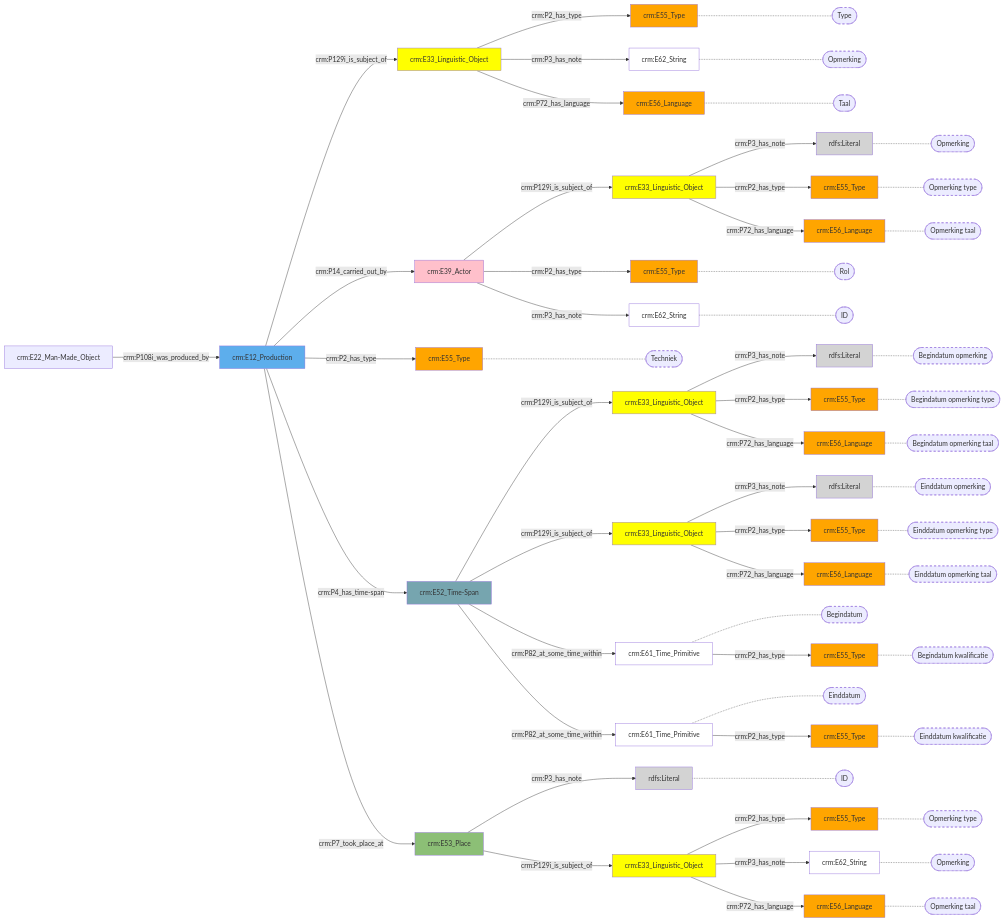
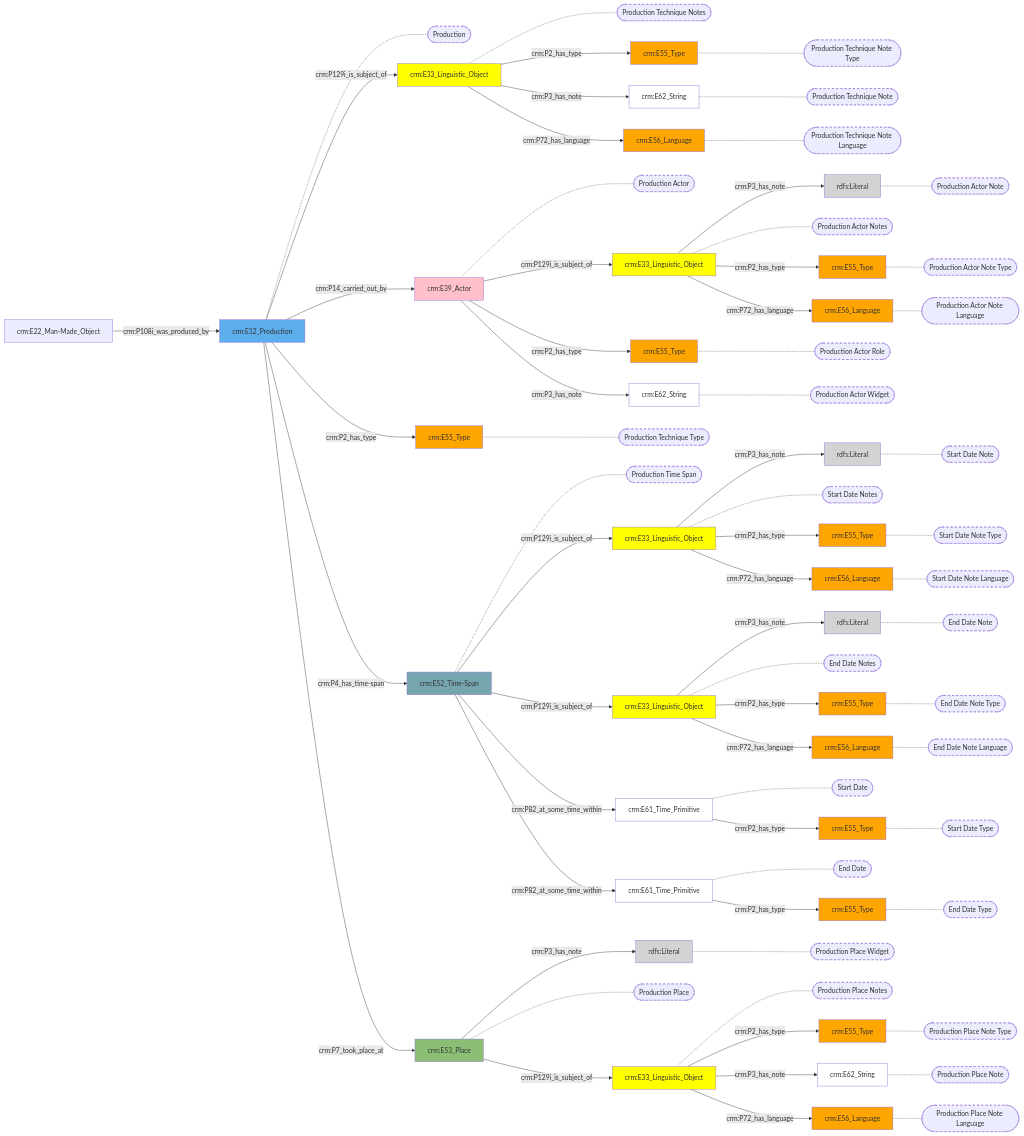
One commit to digipolisantwerpdocumentation/antwerp-cultureel-erfgoed changed the diagram in docs/content/modellen/ArchiefItemMaterieel/Vervaardiging.md. Above: the diagram before and after it, drawn with Mermaid. The commit also changed 167 other files, not shown here.

````diff
--- a/docs/content/modellen/ArchiefItemMaterieel/Vervaardiging.md
+++ b/docs/content/modellen/ArchiefItemMaterieel/Vervaardiging.md
@@ -4,52 +4,38 @@
 d1dde0dc-a5fe-11ec-b19f-9cf387da2c40["crm:E33_Linguistic_Object"]-->|"crm:P3_has_note"|d1de09ea-a5fe-11ec-b19f-9cf387da2c40(rdfs:Literal)
 d1ddfdec-a5fe-11ec-b19f-9cf387da2c40["crm:E33_Linguistic_Object"]-->|"crm:P3_has_note"|d1ddfc66-a5fe-11ec-b19f-9cf387da2c40(rdfs:Literal)
 d1de0940-a5fe-11ec-b19f-9cf387da2c40["crm:E33_Linguistic_Object"]-->|"crm:P3_has_note"|d1de062a-a5fe-11ec-b19f-9cf387da2c40(rdfs:Literal)
-d1ddfec8-a5fe-11ec-b19f-9cf387da2c40["crm:E55_Type"]-.-d1ddfec8-a5fe-11ec-b19f-9cf387da2c40_s(["Rol"])
-d1dde56e-a5fe-11ec-b19f-9cf387da2c40["crm:E62_String"]-.-d1dde56e-a5fe-11ec-b19f-9cf387da2c40_s(["ID"])
-d1de033c-a5fe-11ec-b19f-9cf387da2c40["rdfs:Literal"]-.-d1de033c-a5fe-11ec-b19f-9cf387da2c40_s(["ID"])
-d1de03fa-a5fe-11ec-b19f-9cf387da2c40["crm:E55_Type"]-.-d1de03fa-a5fe-11ec-b19f-9cf387da2c40_s(["Type"])
-d1de04b8-a5fe-11ec-b19f-9cf387da2c40["crm:E62_String"]-.-d1de04b8-a5fe-11ec-b19f-9cf387da2c40_s(["Opmerking"])
-d1de056c-a5fe-11ec-b19f-9cf387da2c40["crm:E56_Language"]-.-d1de056c-a5fe-11ec-b19f-9cf387da2c40_s(["Taal"])
-d1ddd934-a5fe-11ec-b19f-9cf387da2c40["crm:E61_Time_Primitive"]-.-d1ddd934-a5fe-11ec-b19f-9cf387da2c40_s(["Begindatum"])
-d1de0a9e-a5fe-11ec-b19f-9cf387da2c40["crm:E61_Time_Primitive"]-.-d1de0a9e-a5fe-11ec-b19f-9cf387da2c40_s(["Einddatum"])
-d1dc68d8-a5fe-11ec-b19f-9cf387da2c40["crm:E55_Type"]-.-d1dc68d8-a5fe-11ec-b19f-9cf387da2c40_s(["Techniek"])
-d1de0896-a5fe-11ec-b19f-9cf387da2c40["crm:E55_Type"]-.-d1de0896-a5fe-11ec-b19f-9cf387da2c40_s(["Begindatum kwalificatie"])
-d1dddc0e-a5fe-11ec-b19f-9cf387da2c40["crm:E55_Type"]-.-d1dddc0e-a5fe-11ec-b19f-9cf387da2c40_s(["Begindatum opmerking type"])
-d1de09ea-a5fe-11ec-b19f-9cf387da2c40["rdfs:Literal"]-.-d1de09ea-a5fe-11ec-b19f-9cf387da2c40_s(["Begindatum opmerking"])
-d1de0b3e-a5fe-11ec-b19f-9cf387da2c40["crm:E56_Language"]-.-d1de0b3e-a5fe-11ec-b19f-9cf387da2c40_s(["Begindatum opmerking taal"])
-d1ddff90-a5fe-11ec-b19f-9cf387da2c40["crm:E55_Type"]-.-d1ddff90-a5fe-11ec-b19f-9cf387da2c40_s(["Opmerking type"])
-d1ddfc66-a5fe-11ec-b19f-9cf387da2c40["rdfs:Literal"]-.-d1ddfc66-a5fe-11ec-b19f-9cf387da2c40_s(["Opmerking"])
-d1dde33e-a5fe-11ec-b19f-9cf387da2c40["crm:E56_Language"]-.-d1dde33e-a5fe-11ec-b19f-9cf387da2c40_s(["Opmerking taal"])
-d1de0120-a5fe-11ec-b19f-9cf387da2c40["crm:E55_Type"]-.-d1de0120-a5fe-11ec-b19f-9cf387da2c40_s(["Opmerking type"])
-d1de0058-a5fe-11ec-b19f-9cf387da2c40["crm:E62_String"]-.-d1de0058-a5fe-11ec-b19f-9cf387da2c40_s(["Opmerking"])
-d1de01de-a5fe-11ec-b19f-9cf387da2c40["crm:E56_Language"]-.-d1de01de-a5fe-11ec-b19f-9cf387da2c40_s(["Opmerking taal"])
-d1de074c-a5fe-11ec-b19f-9cf387da2c40["crm:E55_Type"]-.-d1de074c-a5fe-11ec-b19f-9cf387da2c40_s(["Einddatum opmerking type"])
-d1de062a-a5fe-11ec-b19f-9cf387da2c40["rdfs:Literal"]-.-d1de062a-a5fe-11ec-b19f-9cf387da2c40_s(["Einddatum opmerking"])
-d1de07f6-a5fe-11ec-b19f-9cf387da2c40["crm:E56_Language"]-.-d1de07f6-a5fe-11ec-b19f-9cf387da2c40_s(["Einddatum opmerking taal"])
-d1dddea2-a5fe-11ec-b19f-9cf387da2c40["crm:E55_Type"]-.-d1dddea2-a5fe-11ec-b19f-9cf387da2c40_s(["Einddatum kwalificatie"])
-style d1ddfec8-a5fe-11ec-b19f-9cf387da2c40_s stroke-dasharray: 5
-style d1dde56e-a5fe-11ec-b19f-9cf387da2c40_s stroke-dasharray: 5
-style d1de033c-a5fe-11ec-b19f-9cf387da2c40_s stroke-dasharray: 5
-style d1de03fa-a5fe-11ec-b19f-9cf387da2c40_s stroke-dasharray: 5
-style d1de04b8-a5fe-11ec-b19f-9cf387da2c40_s stroke-dasharray: 5
-style d1de056c-a5fe-11ec-b19f-9cf387da2c40_s stroke-dasharray: 5
-style d1ddd934-a5fe-11ec-b19f-9cf387da2c40_s stroke-dasharray: 5
-style d1de0a9e-a5fe-11ec-b19f-9cf387da2c40_s stroke-dasharray: 5
-style d1dc68d8-a5fe-11ec-b19f-9cf387da2c40_s stroke-dasharray: 5
-style d1de0896-a5fe-11ec-b19f-9cf387da2c40_s stroke-dasharray: 5
-style d1dddc0e-a5fe-11ec-b19f-9cf387da2c40_s stroke-dasharray: 5
-style d1de09ea-a5fe-11ec-b19f-9cf387da2c40_s stroke-dasharray: 5
-style d1de0b3e-a5fe-11ec-b19f-9cf387da2c40_s stroke-dasharray: 5
-style d1ddff90-a5fe-11ec-b19f-9cf387da2c40_s stroke-dasharray: 5
-style d1ddfc66-a5fe-11ec-b19f-9cf387da2c40_s stroke-dasharray: 5
-style d1dde33e-a5fe-11ec-b19f-9cf387da2c40_s stroke-dasharray: 5
-style d1de0120-a5fe-11ec-b19f-9cf387da2c40_s stroke-dasharray: 5
-style d1de0058-a5fe-11ec-b19f-9cf387da2c40_s stroke-dasharray: 5
-style d1de01de-a5fe-11ec-b19f-9cf387da2c40_s stroke-dasharray: 5
-style d1de074c-a5fe-11ec-b19f-9cf387da2c40_s stroke-dasharray: 5
-style d1de062a-a5fe-11ec-b19f-9cf387da2c40_s stroke-dasharray: 5
-style d1de07f6-a5fe-11ec-b19f-9cf387da2c40_s stroke-dasharray: 5
-style d1dddea2-a5fe-11ec-b19f-9cf387da2c40_s stroke-dasharray: 5
+d1ddfdec-a5fe-11ec-b19f-9cf387da2c40["crm:E33_Linguistic_Object"]-.-d1ddfdec-a5fe-11ec-b19f-9cf387da2c40_s(["Production Actor Notes"])
+d1ddfec8-a5fe-11ec-b19f-9cf387da2c40["crm:E55_Type"]-.-d1ddfec8-a5fe-11ec-b19f-9cf387da2c40_s(["Production Actor Role"])
+d1dde56e-a5fe-11ec-b19f-9cf387da2c40["crm:E62_String"]-.-d1dde56e-a5fe-11ec-b19f-9cf387da2c40_s(["Production Actor Widget"])
+d1de0292-a5fe-11ec-b19f-9cf387da2c40["crm:E33_Linguistic_Object"]-.-d1de0292-a5fe-11ec-b19f-9cf387da2c40_s(["Production Place Notes"])
+d1de033c-a5fe-11ec-b19f-9cf387da2c40["rdfs:Literal"]-.-d1de033c-a5fe-11ec-b19f-9cf387da2c40_s(["Production Place Widget"])
+d1de03fa-a5fe-11ec-b19f-9cf387da2c40["crm:E55_Type"]-.-d1de03fa-a5fe-11ec-b19f-9cf387da2c40_s(["Production Technique Note Type"])
+d1de04b8-a5fe-11ec-b19f-9cf387da2c40["crm:E62_String"]-.-d1de04b8-a5fe-11ec-b19f-9cf387da2c40_s(["Production Technique Note"])
+d1de056c-a5fe-11ec-b19f-9cf387da2c40["crm:E56_Language"]-.-d1de056c-a5fe-11ec-b19f-9cf387da2c40_s(["Production Technique Note Language"])
+d1dde0dc-a5fe-11ec-b19f-9cf387da2c40["crm:E33_Linguistic_Object"]-.-d1dde0dc-a5fe-11ec-b19f-9cf387da2c40_s(["Start Date Notes"])
+d1de0940-a5fe-11ec-b19f-9cf387da2c40["crm:E33_Linguistic_Object"]-.-d1de0940-a5fe-11ec-b19f-9cf387da2c40_s(["End Date Notes"])
+d1ddd934-a5fe-11ec-b19f-9cf387da2c40["crm:E61_Time_Primitive"]-.-d1ddd934-a5fe-11ec-b19f-9cf387da2c40_s(["Start Date"])
+d1de0a9e-a5fe-11ec-b19f-9cf387da2c40["crm:E61_Time_Primitive"]-.-d1de0a9e-a5fe-11ec-b19f-9cf387da2c40_s(["End Date"])
+d1dc61bc-a5fe-11ec-b19f-9cf387da2c40["crm:E33_Linguistic_Object"]-.-d1dc61bc-a5fe-11ec-b19f-9cf387da2c40_s(["Production Technique Notes"])
+d1dc56d6-a5fe-11ec-b19f-9cf387da2c40["crm:E39_Actor"]-.-d1dc56d6-a5fe-11ec-b19f-9cf387da2c40_s(["Production Actor"])
+d1dc68d8-a5fe-11ec-b19f-9cf387da2c40["crm:E55_Type"]-.-d1dc68d8-a5fe-11ec-b19f-9cf387da2c40_s(["Production Technique Type"])
+d1dc6e96-a5fe-11ec-b19f-9cf387da2c40["crm:E52_Time-Span"]-.-d1dc6e96-a5fe-11ec-b19f-9cf387da2c40_s(["Production Time Span"])
+d1dc5c58-a5fe-11ec-b19f-9cf387da2c40["crm:E53_Place"]-.-d1dc5c58-a5fe-11ec-b19f-9cf387da2c40_s(["Production Place"])
+d1dc742c-a5fe-11ec-b19f-9cf387da2c40["crm:E12_Production"]-.-d1dc742c-a5fe-11ec-b19f-9cf387da2c40_s(["Production"])
+d1de0896-a5fe-11ec-b19f-9cf387da2c40["crm:E55_Type"]-.-d1de0896-a5fe-11ec-b19f-9cf387da2c40_s(["Start Date Type"])
+d1dddc0e-a5fe-11ec-b19f-9cf387da2c40["crm:E55_Type"]-.-d1dddc0e-a5fe-11ec-b19f-9cf387da2c40_s(["Start Date Note Type"])
+d1de09ea-a5fe-11ec-b19f-9cf387da2c40["rdfs:Literal"]-.-d1de09ea-a5fe-11ec-b19f-9cf387da2c40_s(["Start Date Note"])
+d1de0b3e-a5fe-11ec-b19f-9cf387da2c40["crm:E56_Language"]-.-d1de0b3e-a5fe-11ec-b19f-9cf387da2c40_s(["Start Date Note Language"])
+d1ddff90-a5fe-11ec-b19f-9cf387da2c40["crm:E55_Type"]-.-d1ddff90-a5fe-11ec-b19f-9cf387da2c40_s(["Production Actor Note Type"])
+d1ddfc66-a5fe-11ec-b19f-9cf387da2c40["rdfs:Literal"]-.-d1ddfc66-a5fe-11ec-b19f-9cf387da2c40_s(["Production Actor Note"])
+d1dde33e-a5fe-11ec-b19f-9cf387da2c40["crm:E56_Language"]-.-d1dde33e-a5fe-11ec-b19f-9cf387da2c40_s(["Production Actor Note Language"])
+d1de0120-a5fe-11ec-b19f-9cf387da2c40["crm:E55_Type"]-.-d1de0120-a5fe-11ec-b19f-9cf387da2c40_s(["Production Place Note Type"])
+d1de0058-a5fe-11ec-b19f-9cf387da2c40["crm:E62_String"]-.-d1de0058-a5fe-11ec-b19f-9cf387da2c40_s(["Production Place Note"])
+d1de01de-a5fe-11ec-b19f-9cf387da2c40["crm:E56_Language"]-.-d1de01de-a5fe-11ec-b19f-9cf387da2c40_s(["Production Place Note Language"])
+d1de074c-a5fe-11ec-b19f-9cf387da2c40["crm:E55_Type"]-.-d1de074c-a5fe-11ec-b19f-9cf387da2c40_s(["End Date Note Type"])
+d1de062a-a5fe-11ec-b19f-9cf387da2c40["rdfs:Literal"]-.-d1de062a-a5fe-11ec-b19f-9cf387da2c40_s(["End Date Note"])
+d1de07f6-a5fe-11ec-b19f-9cf387da2c40["crm:E56_Language"]-.-d1de07f6-a5fe-11ec-b19f-9cf387da2c40_s(["End Date Note Language"])
+d1dddea2-a5fe-11ec-b19f-9cf387da2c40["crm:E55_Type"]-.-d1dddea2-a5fe-11ec-b19f-9cf387da2c40_s(["End Date Type"])
 d1dc56d6-a5fe-11ec-b19f-9cf387da2c40["crm:E39_Actor"]-->|"crm:P129i_is_subject_of"|d1ddfdec-a5fe-11ec-b19f-9cf387da2c40["crm:E33_Linguistic_Object"]
 d1dc56d6-a5fe-11ec-b19f-9cf387da2c40["crm:E39_Actor"]-->|"crm:P2_has_type"|d1ddfec8-a5fe-11ec-b19f-9cf387da2c40["crm:E55_Type"]
 d1dc56d6-a5fe-11ec-b19f-9cf387da2c40["crm:E39_Actor"]-->|"crm:P3_has_note"|d1dde56e-a5fe-11ec-b19f-9cf387da2c40["crm:E62_String"]
@@ -110,4 +96,36 @@
 style d1de09ea-a5fe-11ec-b19f-9cf387da2c40 fill:#D3D3D3
 style d1de0a9e-a5fe-11ec-b19f-9cf387da2c40 fill:#ffffff
 style d1de0b3e-a5fe-11ec-b19f-9cf387da2c40 fill:#ffa500
+style d1ddfdec-a5fe-11ec-b19f-9cf387da2c40_s stroke-dasharray: 5
+style d1ddfec8-a5fe-11ec-b19f-9cf387da2c40_s stroke-dasharray: 5
+style d1dde56e-a5fe-11ec-b19f-9cf387da2c40_s stroke-dasharray: 5
+style d1de0292-a5fe-11ec-b19f-9cf387da2c40_s stroke-dasharray: 5
+style d1de033c-a5fe-11ec-b19f-9cf387da2c40_s stroke-dasharray: 5
+style d1de03fa-a5fe-11ec-b19f-9cf387da2c40_s stroke-dasharray: 5
+style d1de04b8-a5fe-11ec-b19f-9cf387da2c40_s stroke-dasharray: 5
+style d1de056c-a5fe-11ec-b19f-9cf387da2c40_s stroke-dasharray: 5
+style d1dde0dc-a5fe-11ec-b19f-9cf387da2c40_s stroke-dasharray: 5
+style d1de0940-a5fe-11ec-b19f-9cf387da2c40_s stroke-dasharray: 5
+style d1ddd934-a5fe-11ec-b19f-9cf387da2c40_s stroke-dasharray: 5
+style d1de0a9e-a5fe-11ec-b19f-9cf387da2c40_s stroke-dasharray: 5
+style d1dc61bc-a5fe-11ec-b19f-9cf387da2c40_s stroke-dasharray: 5
+style d1dc56d6-a5fe-11ec-b19f-9cf387da2c40_s stroke-dasharray: 5
+style d1dc68d8-a5fe-11ec-b19f-9cf387da2c40_s stroke-dasharray: 5
+style d1dc6e96-a5fe-11ec-b19f-9cf387da2c40_s stroke-dasharray: 5
+style d1dc5c58-a5fe-11ec-b19f-9cf387da2c40_s stroke-dasharray: 5
+style d1dc742c-a5fe-11ec-b19f-9cf387da2c40_s stroke-dasharray: 5
+style d1de0896-a5fe-11ec-b19f-9cf387da2c40_s stroke-dasharray: 5
+style d1dddc0e-a5fe-11ec-b19f-9cf387da2c40_s stroke-dasharray: 5
+style d1de09ea-a5fe-11ec-b19f-9cf387da2c40_s stroke-dasharray: 5
+style d1de0b3e-a5fe-11ec-b19f-9cf387da2c40_s stroke-dasharray: 5
+style d1ddff90-a5fe-11ec-b19f-9cf387da2c40_s stroke-dasharray: 5
+style d1ddfc66-a5fe-11ec-b19f-9cf387da2c40_s stroke-dasharray: 5
+style d1dde33e-a5fe-11ec-b19f-9cf387da2c40_s stroke-dasharray: 5
+style d1de0120-a5fe-11ec-b19f-9cf387da2c40_s stroke-dasharray: 5
+style d1de0058-a5fe-11ec-b19f-9cf387da2c40_s stroke-dasharray: 5
+style d1de01de-a5fe-11ec-b19f-9cf387da2c40_s stroke-dasharray: 5
+style d1de074c-a5fe-11ec-b19f-9cf387da2c40_s stroke-dasharray: 5
+style d1de062a-a5fe-11ec-b19f-9cf387da2c40_s stroke-dasharray: 5
+style d1de07f6-a5fe-11ec-b19f-9cf387da2c40_s stroke-dasharray: 5
+style d1dddea2-a5fe-11ec-b19f-9cf387da2c40_s stroke-dasharray: 5
 ```
````
